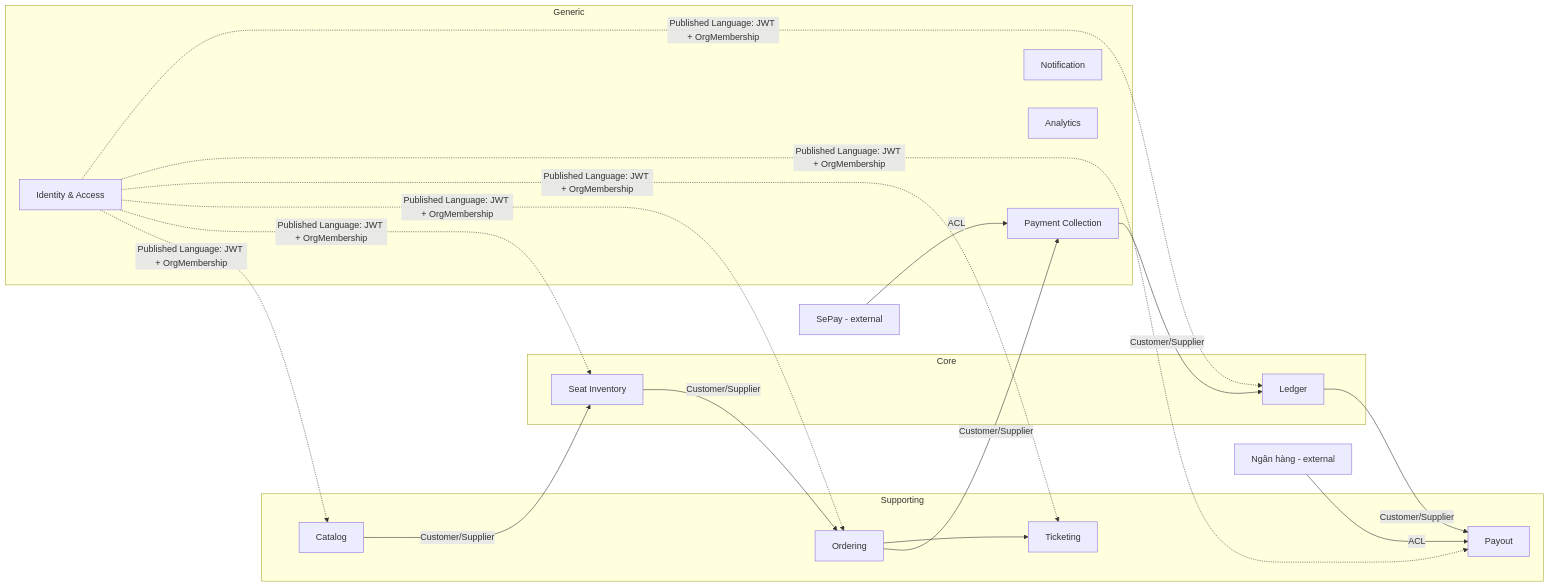
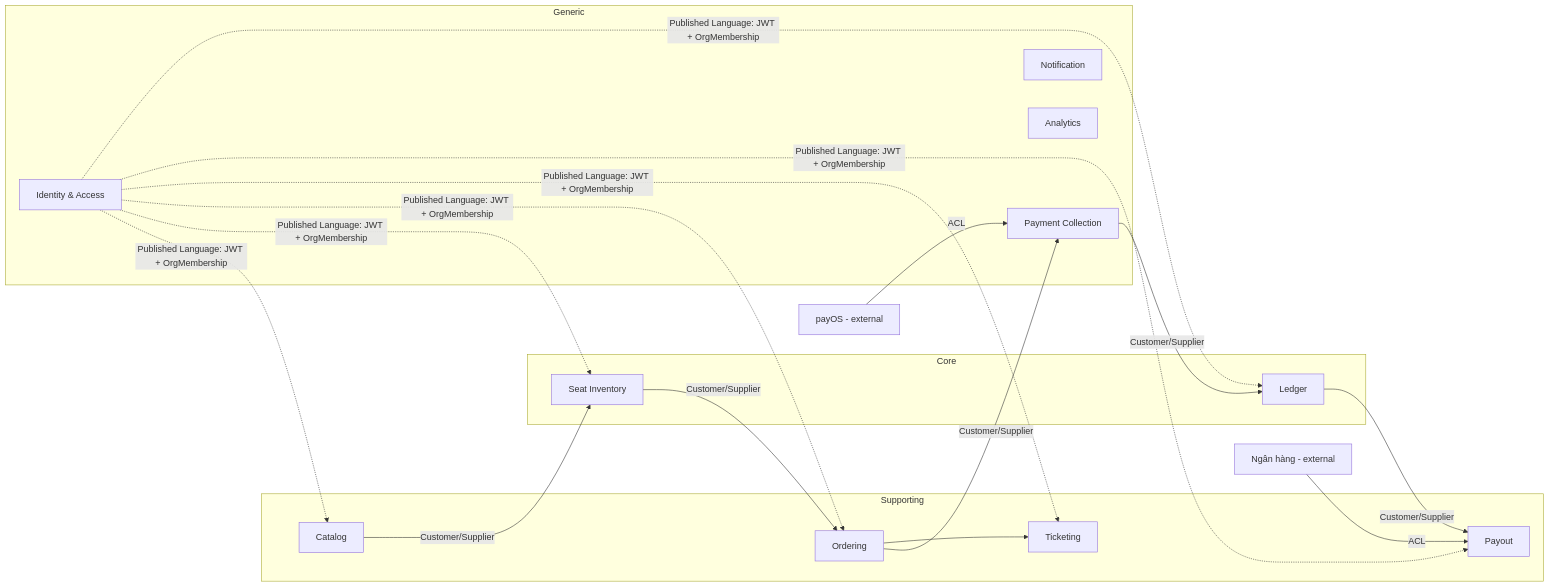
One commit to uchihathien/Concert-Ticket-Platform changed the diagram in docs/architecture-v2/context-map.md. Above: the diagram before and after it, drawn with Mermaid. The commit also changed other lines of this file and 83 other files, not shown here.

````diff
--- a/docs/architecture-v2/context-map.md
+++ b/docs/architecture-v2/context-map.md
@@ -28,29 +28,29 @@
 ```mermaid
 flowchart LR
   subgraph Core
     INV[Seat Inventory]
     LDG[Ledger]
   end
   subgraph Supporting
     CAT[Catalog]
     ORD[Ordering]
     TKT[Ticketing]
     PO[Payout]
   end
   subgraph Generic
     IDN[Identity & Access]
     PAY[Payment Collection]
     NOT[Notification]
     ANA[Analytics]
   end
 
   IDN -.->|Published Language: JWT + OrgMembership| CAT & INV & ORD & TKT & PO & LDG
   CAT -->|Customer/Supplier| INV
   INV -->|Customer/Supplier| ORD
   ORD -->|Customer/Supplier| PAY
   PAY -->|Customer/Supplier| LDG
   LDG -->|Customer/Supplier| PO
   ORD --> TKT
-  SEPAY[SePay - external] -->|ACL| PAY
+  PAYOS[payOS - external] -->|ACL| PAY
   BANKS[Ngân hàng - external] -->|ACL| PO
 ```
````
